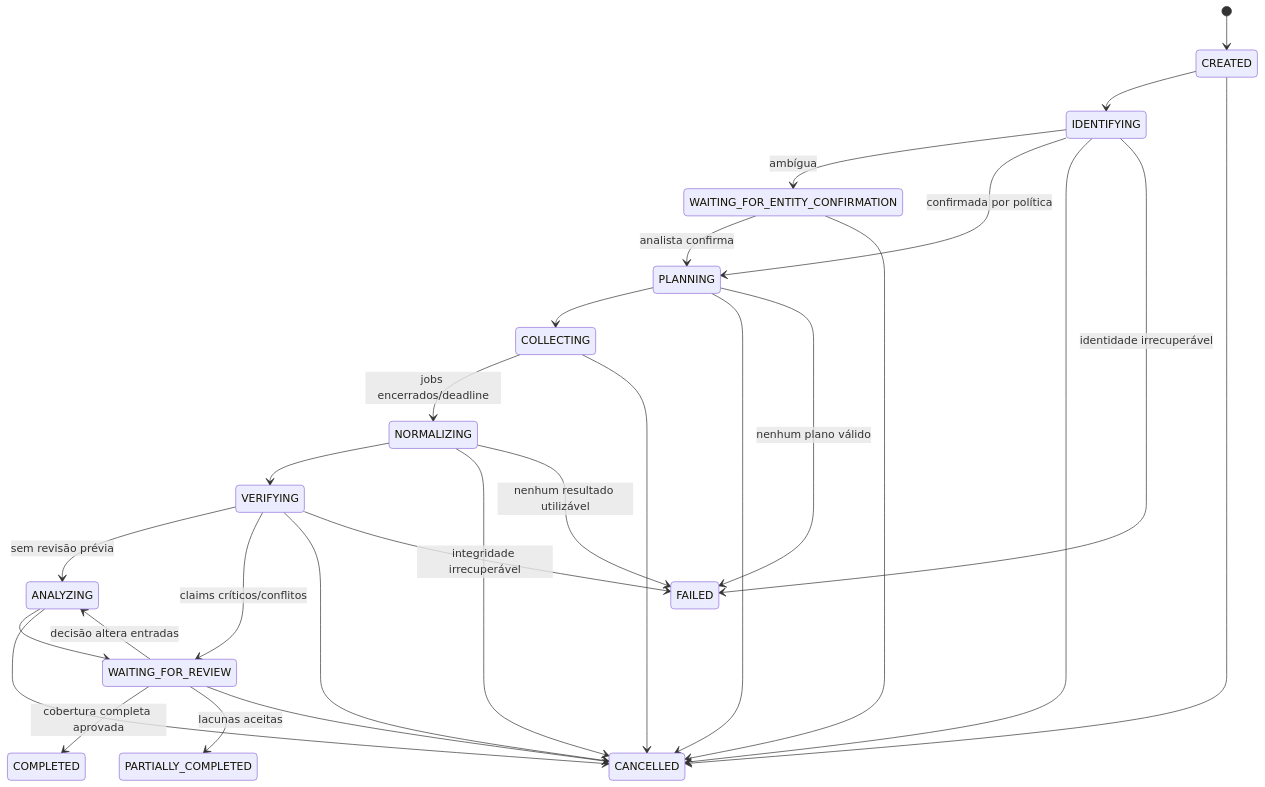
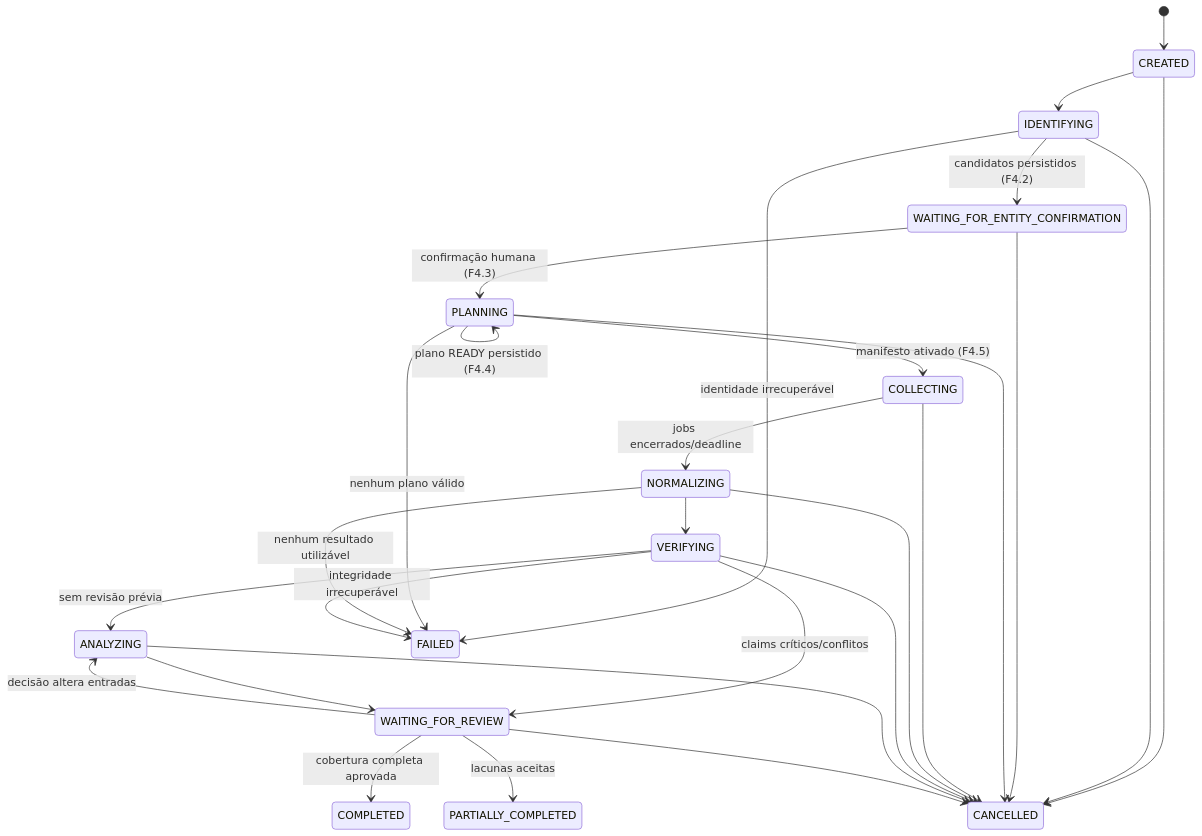
The diagram in docs/investigation-lifecycle.md (arcanjolq0/fatorx-global-intelligence), drawn with Mermaid before and after one commit. The commit also changed other lines of this file and 125 other files, not shown here.

````diff
--- a/docs/investigation-lifecycle.md
+++ b/docs/investigation-lifecycle.md
@@ -52,30 +67,30 @@
 ```mermaid
 stateDiagram-v2
     [*] --> CREATED
     CREATED --> IDENTIFYING
-    IDENTIFYING --> WAITING_FOR_ENTITY_CONFIRMATION: ambígua
-    IDENTIFYING --> PLANNING: confirmada por política
-    WAITING_FOR_ENTITY_CONFIRMATION --> PLANNING: analista confirma
-    PLANNING --> COLLECTING
+    IDENTIFYING --> WAITING_FOR_ENTITY_CONFIRMATION: candidatos persistidos (F4.2)
+    WAITING_FOR_ENTITY_CONFIRMATION --> PLANNING: confirmação humana (F4.3)
+    PLANNING --> PLANNING: plano READY persistido (F4.4)
+    PLANNING --> COLLECTING: manifesto ativado (F4.5)
     COLLECTING --> NORMALIZING: jobs encerrados/deadline
     NORMALIZING --> VERIFYING
     VERIFYING --> ANALYZING: sem revisão prévia
     VERIFYING --> WAITING_FOR_REVIEW: claims críticos/conflitos
     ANALYZING --> WAITING_FOR_REVIEW
     WAITING_FOR_REVIEW --> ANALYZING: decisão altera entradas
     WAITING_FOR_REVIEW --> COMPLETED: cobertura completa aprovada
     WAITING_FOR_REVIEW --> PARTIALLY_COMPLETED: lacunas aceitas
     CREATED --> CANCELLED
     IDENTIFYING --> CANCELLED
     WAITING_FOR_ENTITY_CONFIRMATION --> CANCELLED
     PLANNING --> CANCELLED
     COLLECTING --> CANCELLED
     NORMALIZING --> CANCELLED
     VERIFYING --> CANCELLED
     ANALYZING --> CANCELLED
     WAITING_FOR_REVIEW --> CANCELLED
     IDENTIFYING --> FAILED: identidade irrecuperável
     PLANNING --> FAILED: nenhum plano válido
     NORMALIZING --> FAILED: nenhum resultado utilizável
     VERIFYING --> FAILED: integridade irrecuperável
 ```
````
